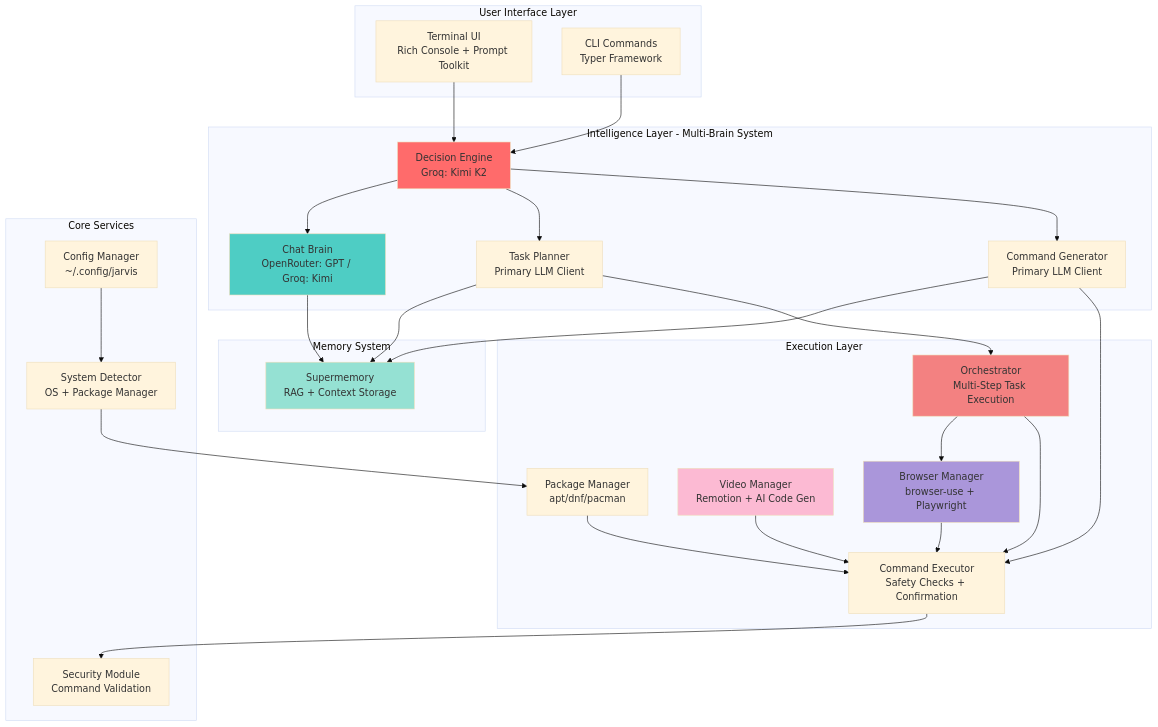
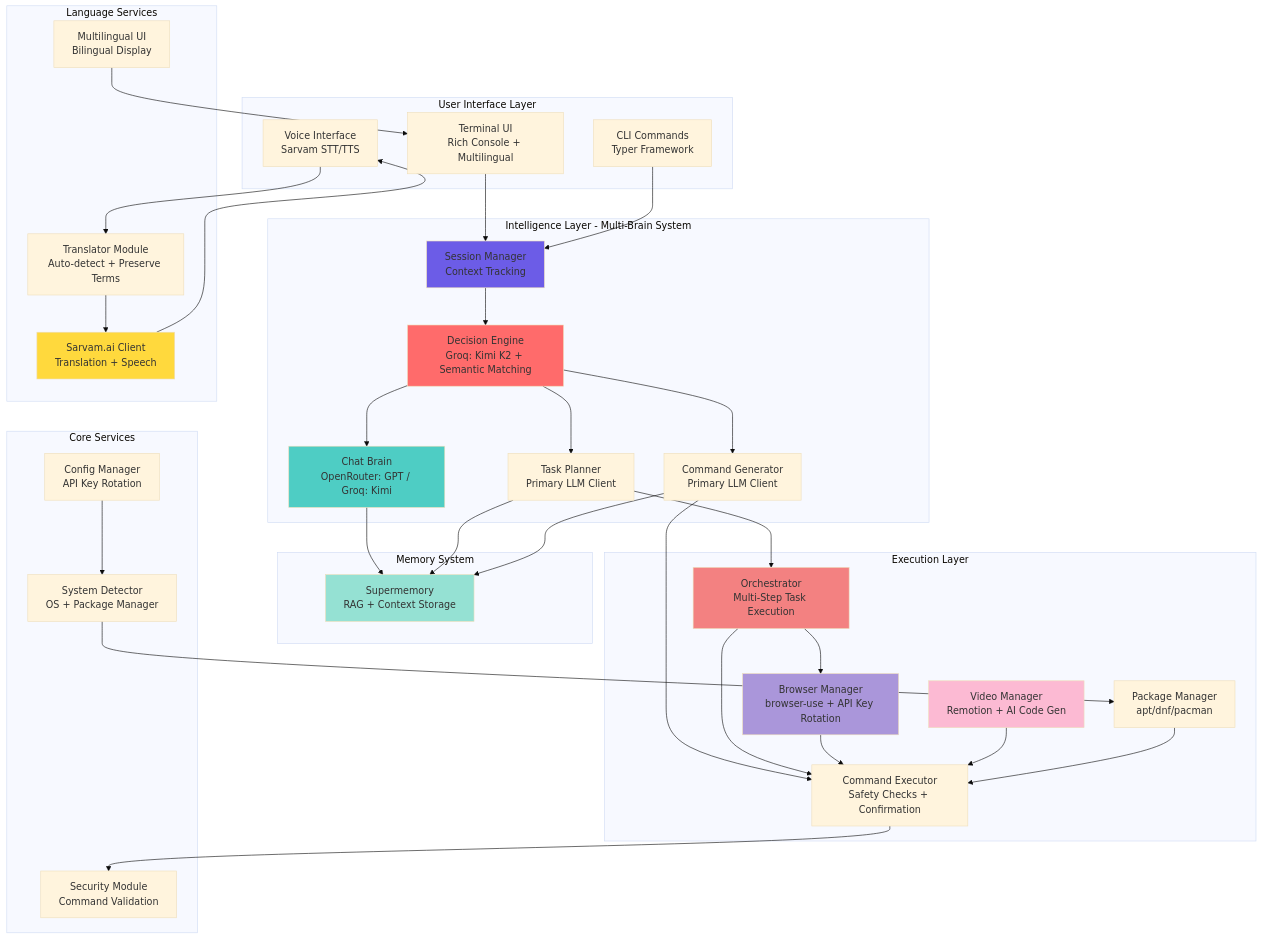
One commit to Garvit1000/nexus changed the first of 4 diagrams in README.md. Above: the diagram before and after it, drawn with Mermaid (base theme). The commit also changed other lines of this file and 5 other files, not shown here.

Commit message:
improve decision logic and enhance system prompt

````diff
--- a/README.md
+++ b/README.md
@@ -9,63 +21,80 @@
 ```mermaid
 graph TB
     subgraph "User Interface Layer"
-        TUI[Terminal UI<br/>Rich Console + Prompt Toolkit]
+        TUI[Terminal UI<br/>Rich Console + Multilingual]
         CLI[CLI Commands<br/>Typer Framework]
+        Voice[Voice Interface<br/>Sarvam STT/TTS]
     end
     
     subgraph "Intelligence Layer - Multi-Brain System"
-        Router[Decision Engine<br/>Groq: Kimi K2]
+        Session[Session Manager<br/>Context Tracking]
+        Router[Decision Engine<br/>Groq: Kimi K2 + Semantic Matching]
         Chat[Chat Brain<br/>OpenRouter: GPT / Groq: Kimi]
         Planner[Task Planner<br/>Primary LLM Client]
         CmdGen[Command Generator<br/>Primary LLM Client]
+    end
+    
+    subgraph "Language Services"
+        Sarvam[Sarvam.ai Client<br/>Translation + Speech]
+        Translator[Translator Module<br/>Auto-detect + Preserve Terms]
+        MultiUI[Multilingual UI<br/>Bilingual Display]
     end
     
     subgraph "Memory System"
         Memory[Supermemory<br/>RAG + Context Storage]
     end
     
     subgraph "Execution Layer"
         Orchestrator[Orchestrator<br/>Multi-Step Task Execution]
         Executor[Command Executor<br/>Safety Checks + Confirmation]
-        Browser[Browser Manager<br/>browser-use + Playwright]
+        Browser[Browser Manager<br/>browser-use + API Key Rotation]
         Video[Video Manager<br/>Remotion + AI Code Gen]
         Package[Package Manager<br/>apt/dnf/pacman]
     end
     
     subgraph "Core Services"
-        Config[Config Manager<br/>~/.config/jarvis]
+        Config[Config Manager<br/>API Key Rotation]
         System[System Detector<br/>OS + Package Manager]
         Security[Security Module<br/>Command Validation]
     end
     
-    TUI --> Router
-    CLI --> Router
+    TUI --> Session
+    CLI --> Session
+    Voice --> Translator
+    
+    Session --> Router
     Router --> Chat
     Router --> Planner
     Router --> CmdGen
+    
+    Translator --> Sarvam
+    MultiUI --> TUI
+    Sarvam --> Voice
     
     Chat --> Memory
     Planner --> Memory
     CmdGen --> Memory
     
     Planner --> Orchestrator
     CmdGen --> Executor
     
     Orchestrator --> Browser
     Orchestrator --> Executor
     
     Executor --> Security
     Browser --> Executor
     Video --> Executor
     Package --> Executor
     
     Config --> System
     System --> Package
     
     style Router fill:#ff6b6b
     style Chat fill:#4ecdc4
     style Memory fill:#95e1d3
     style Orchestrator fill:#f38181
     style Browser fill:#aa96da
     style Video fill:#fcbad3
+    style Sarvam fill:#ffd93d
+    style Session fill:#6c5ce7
 ```
````
